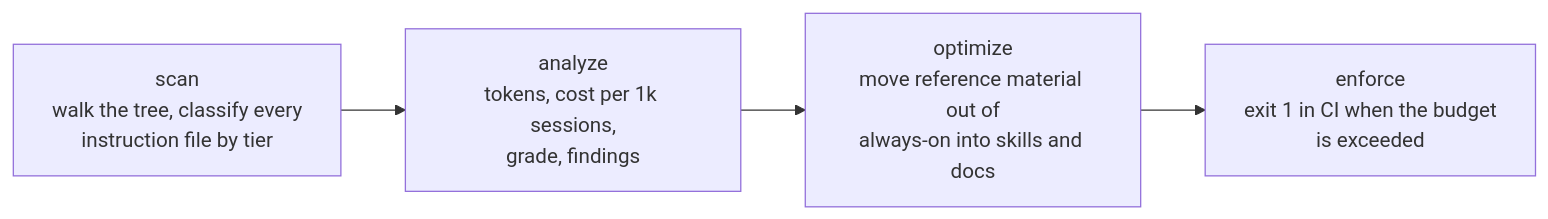
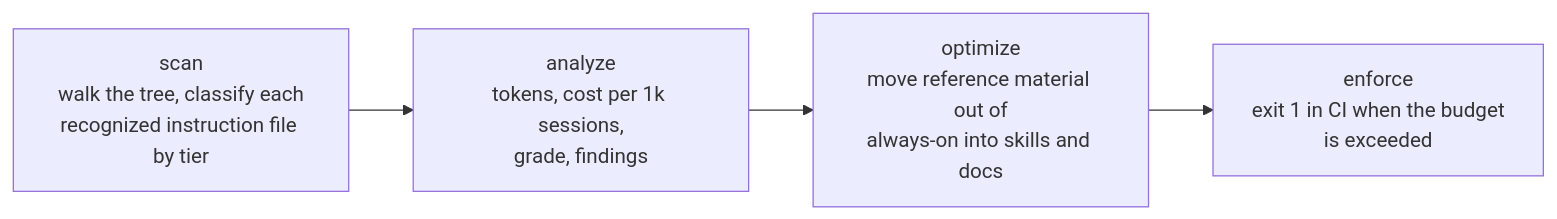
The diagram in README.md (actions-marketplace-validations/qansaid_agentdiet), drawn with Mermaid before and after one commit. The commit also changed other lines of this file and 29 other files, not shown here.

````diff
--- a/README.md
+++ b/README.md
@@ -78,8 +79,8 @@
 ```mermaid
 flowchart LR
-    S["scan<br/>walk the tree, classify every<br/>instruction file by tier"]
+    S["scan<br/>walk the tree, classify each<br/>recognized instruction file by tier"]
     A["analyze<br/>tokens, cost per 1k sessions,<br/>grade, findings"]
     O["optimize<br/>move reference material out of<br/>always-on into skills and docs"]
     E["enforce<br/>exit 1 in CI when the budget<br/>is exceeded"]
     S --> A --> O --> E
 ```
````
